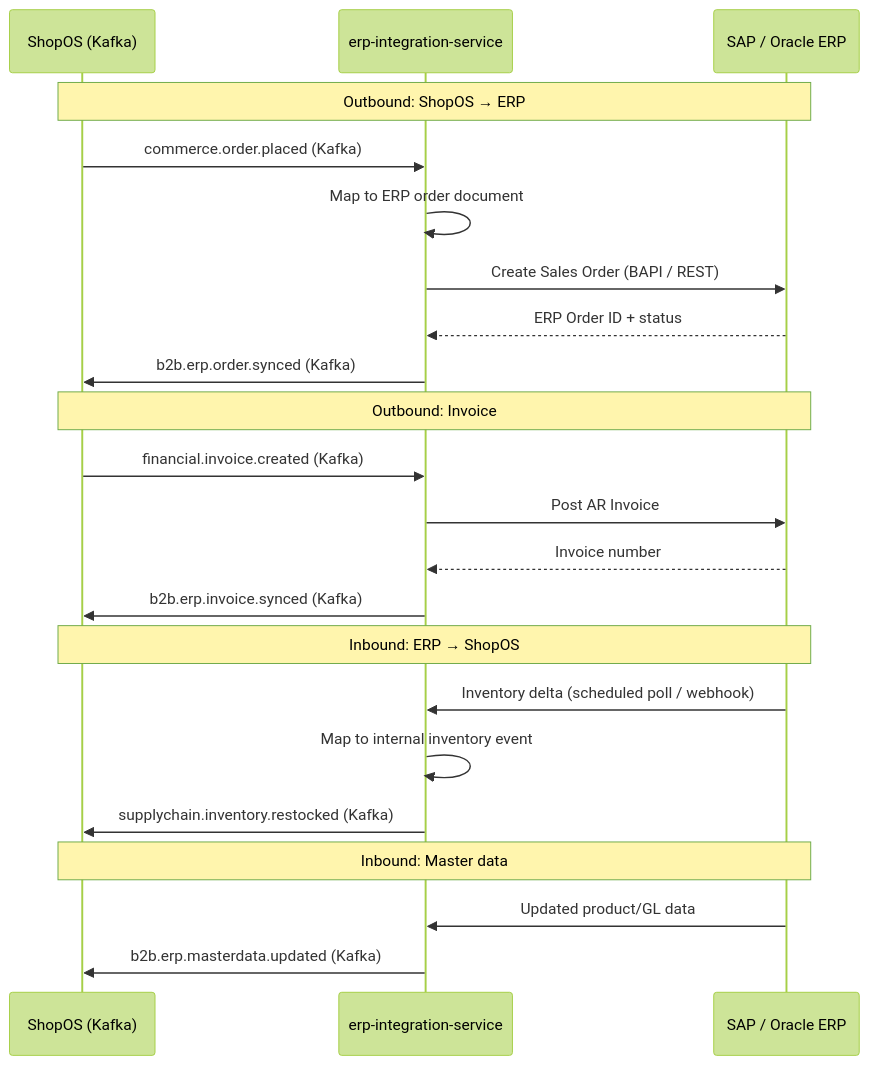
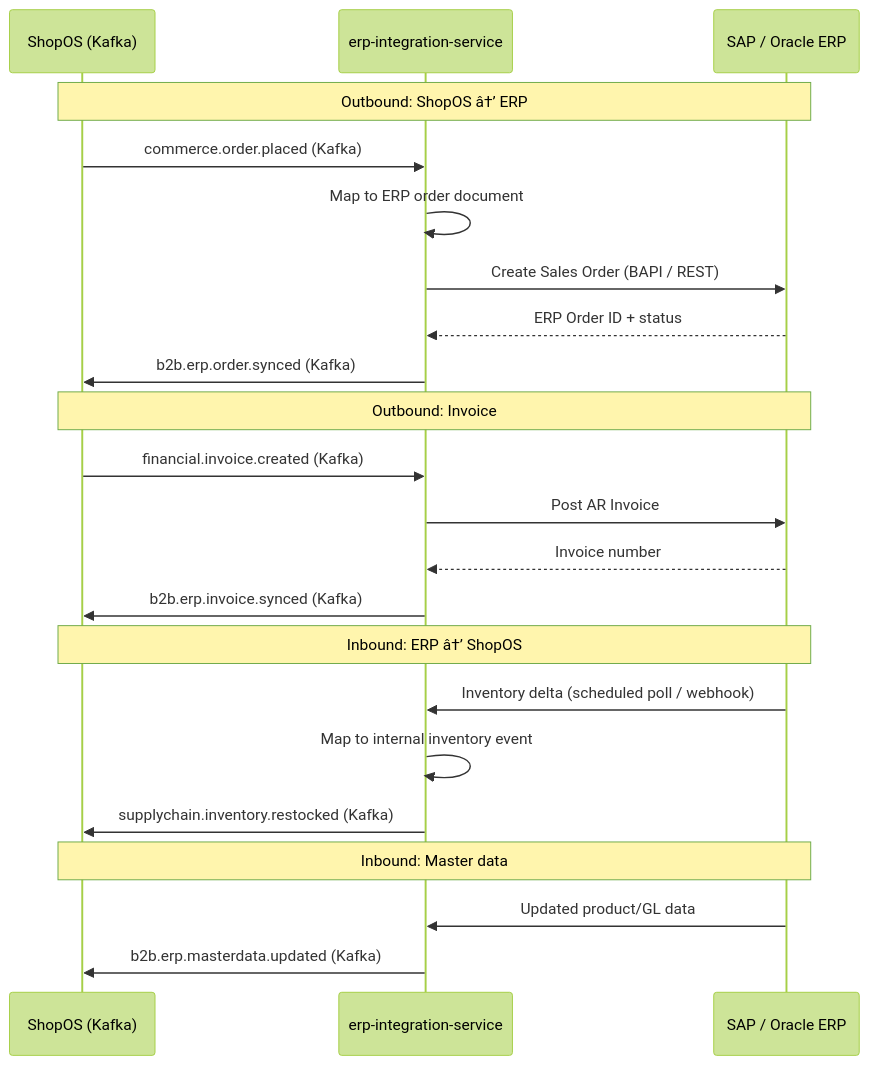
Before and after one commit to prabhat-roy/ShopOS: the diagram in src/integrations/erp-integration-service/README.md, drawn with Mermaid (forest theme). The commit also changed other lines of this file and 403 other files, not shown here.

````diff
--- a/src/integrations/erp-integration-service/README.md
+++ b/src/integrations/erp-integration-service/README.md
@@ -11,28 +11,28 @@
 ```mermaid
 sequenceDiagram
     participant OS as ShopOS (Kafka)
     participant ERP as erp-integration-service
     participant SA as SAP / Oracle ERP
 
-    Note over OS,SA: Outbound: ShopOS → ERP
+    Note over OS,SA: Outbound: ShopOS â†’ ERP
     OS->>ERP: commerce.order.placed (Kafka)
     ERP->>ERP: Map to ERP order document
     ERP->>SA: Create Sales Order (BAPI / REST)
     SA-->>ERP: ERP Order ID + status
     ERP->>OS: b2b.erp.order.synced (Kafka)
 
     Note over OS,SA: Outbound: Invoice
     OS->>ERP: financial.invoice.created (Kafka)
     ERP->>SA: Post AR Invoice
     SA-->>ERP: Invoice number
     ERP->>OS: b2b.erp.invoice.synced (Kafka)
 
-    Note over OS,SA: Inbound: ERP → ShopOS
+    Note over OS,SA: Inbound: ERP â†’ ShopOS
     SA->>ERP: Inventory delta (scheduled poll / webhook)
     ERP->>ERP: Map to internal inventory event
     ERP->>OS: supplychain.inventory.restocked (Kafka)
 
     Note over OS,SA: Inbound: Master data
     SA->>ERP: Updated product/GL data
     ERP->>OS: b2b.erp.masterdata.updated (Kafka)
 ```
````
